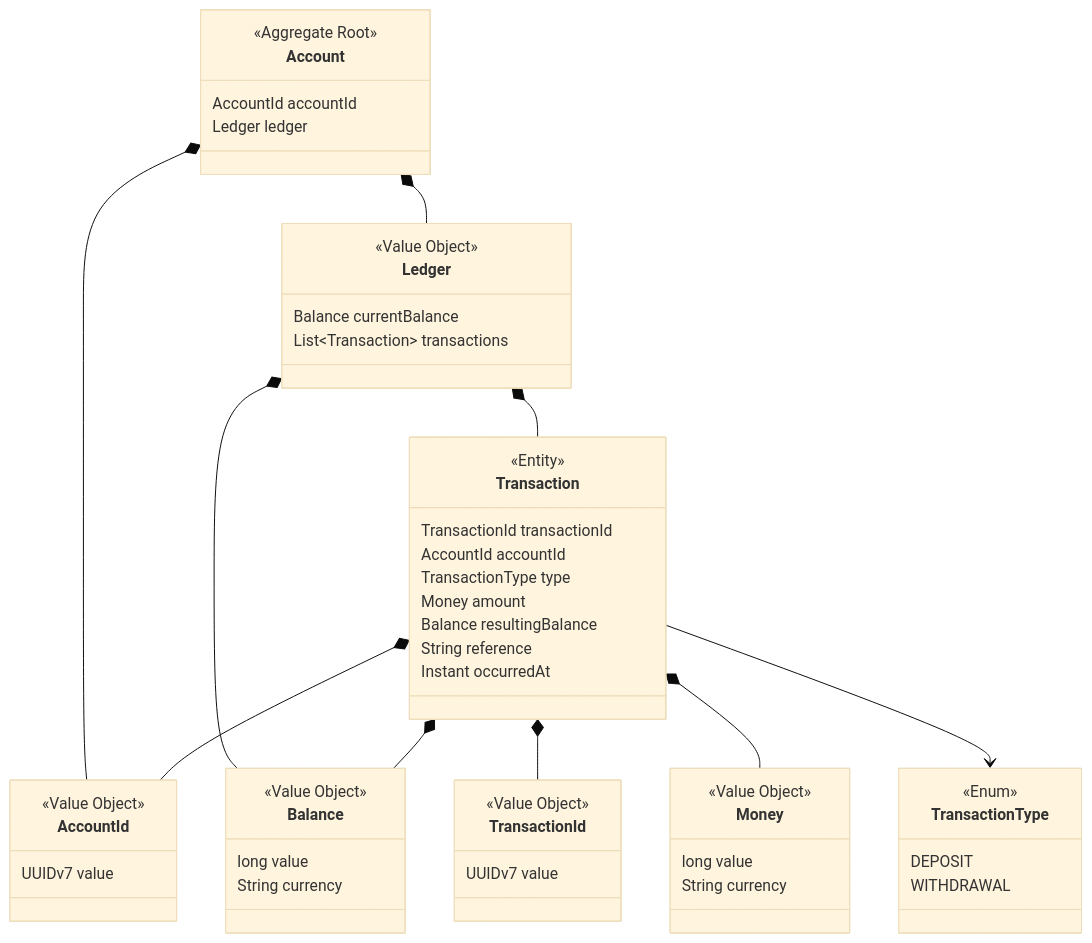
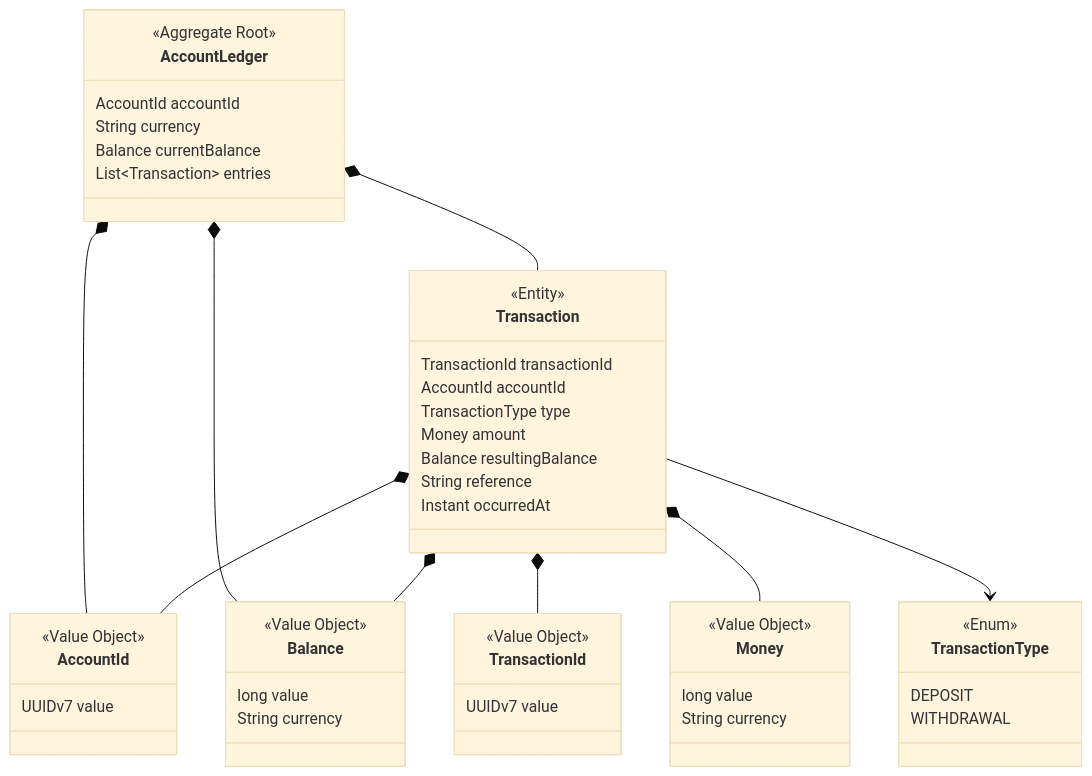
Before and after one commit to misterpotts/picobooks: the diagram in openspec/specs/picobooks/spec.md, drawn with Mermaid (base theme). The commit also changed other lines of this file and 45 other files, not shown here.

Commit message:
feat: implement account ledger transactions (#9)

````diff
--- a/openspec/specs/picobooks/spec.md
+++ b/openspec/specs/picobooks/spec.md
@@ -287,56 +289,52 @@
 ```mermaid
 classDiagram
     class AccountId {
       <<Value Object>>
       UUIDv7 value
     }
     class TransactionId {
       <<Value Object>>
       UUIDv7 value
     }
     class Money {
       <<Value Object>>
       long value
       String currency
     }
     class Balance {
       <<Value Object>>
       long value
       String currency
     }
     class TransactionType {
       <<Enum>>
       DEPOSIT
       WITHDRAWAL
     }
     class Transaction {
       <<Entity>>
       TransactionId transactionId
       AccountId accountId
       TransactionType type
       Money amount
       Balance resultingBalance
       String reference
       Instant occurredAt
     }
-    class Ledger {
-      <<Value Object>>
-      Balance currentBalance
-      List~Transaction~ transactions
-    }
-    class Account {
+    class AccountLedger {
       <<Aggregate Root>>
       AccountId accountId
-      Ledger ledger
+      String currency
+      Balance currentBalance
+      List~Transaction~ entries
     }
 
-    Account *-- AccountId
-    Account *-- Ledger
-    Ledger *-- Balance
-    Ledger *-- Transaction
+    AccountLedger *-- AccountId
+    AccountLedger *-- Balance
+    AccountLedger *-- Transaction
     Transaction *-- TransactionId
     Transaction *-- AccountId
     Transaction *-- Money
     Transaction *-- Balance
     Transaction --> TransactionType
 ```
````
